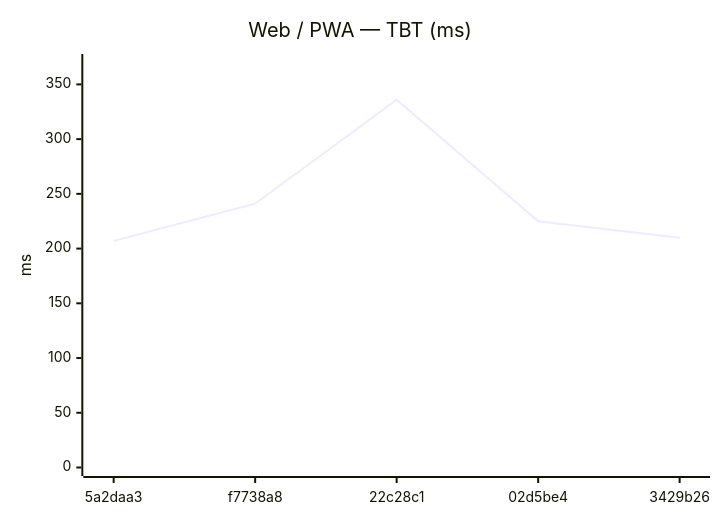
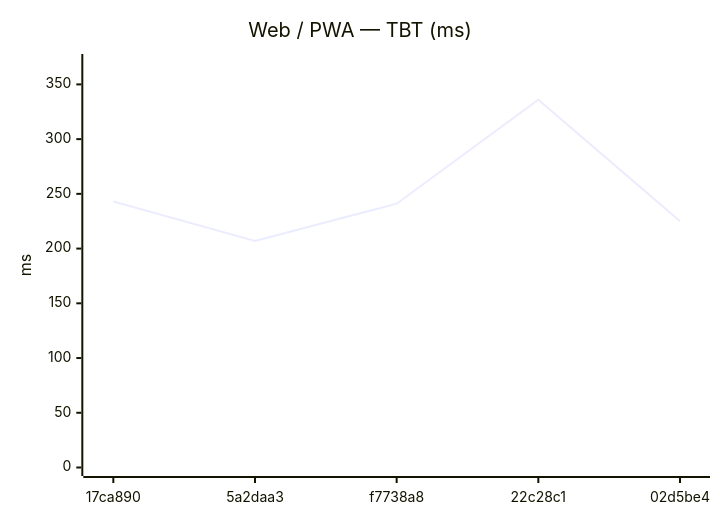
One commit to Metaheurist/Rianell changed the eighth of 18 diagrams in benchmarks/compare.md. Above: the diagram before and after it, drawn with Mermaid. The commit also changed other lines of this file and 11 other files, not shown here.

````diff
--- a/benchmarks/compare.md
+++ b/benchmarks/compare.md
@@ -124,7 +124,7 @@
 ```mermaid
 xychart-beta
     title "Web / PWA — TBT (ms)"
-    x-axis ["5a2daa3", "f7738a8", "22c28c1", "02d5be4", "3429b26"]
+    x-axis ["17ca890", "5a2daa3", "f7738a8", "22c28c1", "02d5be4"]
     y-axis "ms" 0 --> 370
-    line [207, 241, 336, 225, 210]
+    line [243, 207, 241, 336, 225]
 ```
````
